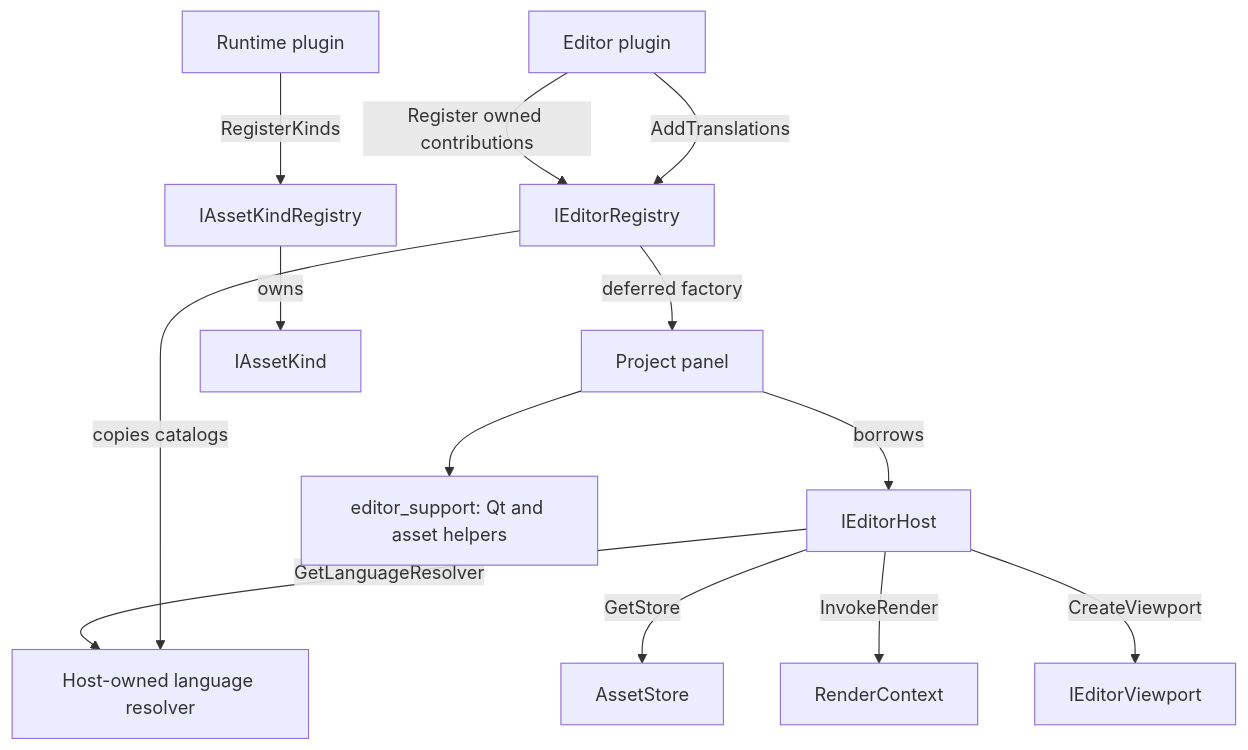
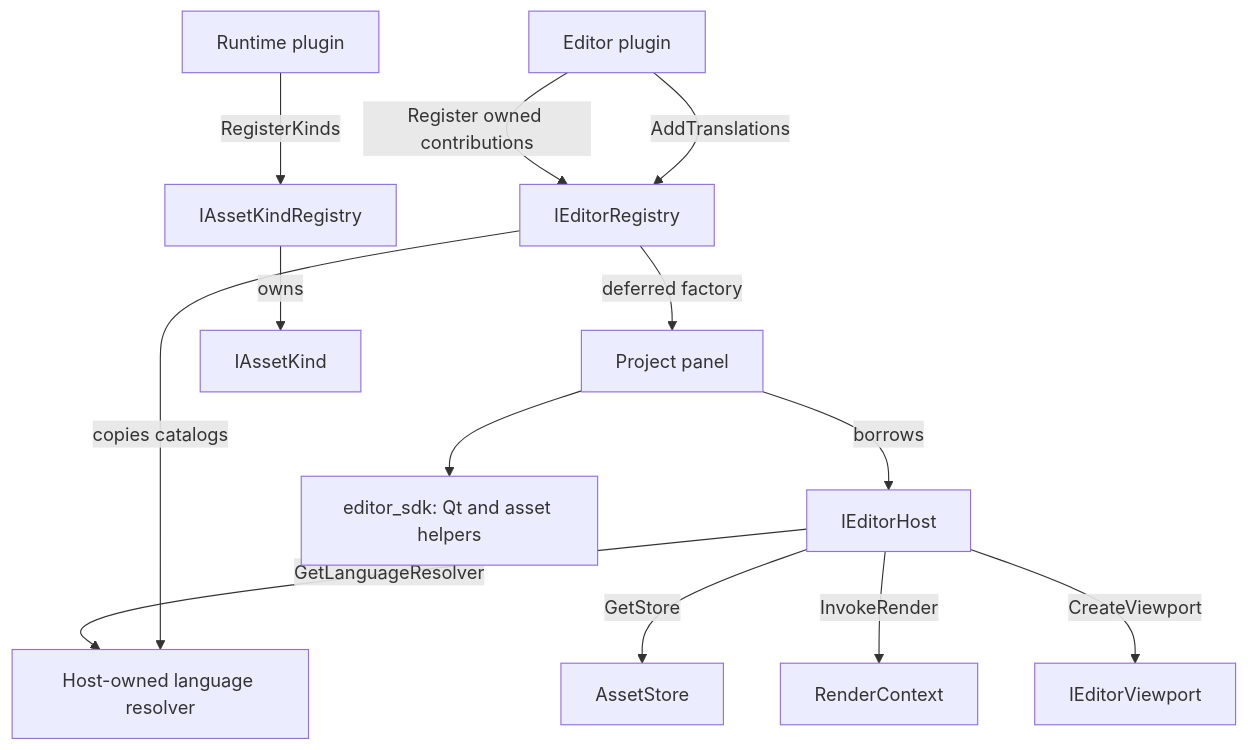
Before and after one commit to alexjiang200407/bernini: the diagram in docs/editor_plugins.md, drawn with Mermaid. The commit also changed other lines of this file and 66 other files, not shown here.

Commit message:
refactor(editor): name plugin helpers editor_sdk

````diff
--- a/docs/editor_plugins.md
+++ b/docs/editor_plugins.md
@@ -96,15 +96,15 @@
 ```mermaid
 flowchart TD
     Runtime[Runtime plugin] -->|RegisterKinds| Kinds[IAssetKindRegistry]
     Editor[Editor plugin] -->|Register owned contributions| Registry[IEditorRegistry]
     Registry -->|deferred factory| Panel[Project panel]
     Panel -->|borrows| Host[IEditorHost]
-    Panel --> Support[editor_support: Qt and asset helpers]
+    Panel --> Support[editor_sdk: Qt and asset helpers]
     Host -->|GetLanguageResolver| Language[Host-owned language resolver]
     Editor -->|AddTranslations| Registry
     Registry -->|copies catalogs| Language
     Host -->|GetStore| Store[AssetStore]
     Host -->|InvokeRender| Render[RenderContext]
     Host -->|CreateViewport| Viewport[IEditorViewport]
     Kinds -->|owns| Kind[IAssetKind]
 ```
````
